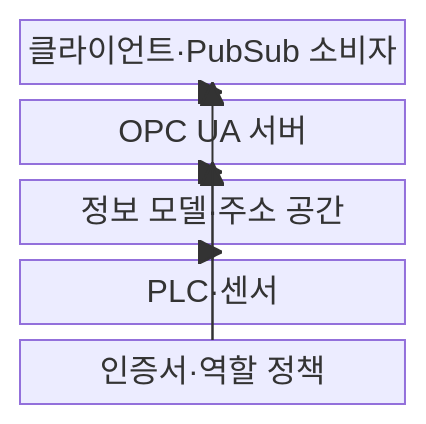
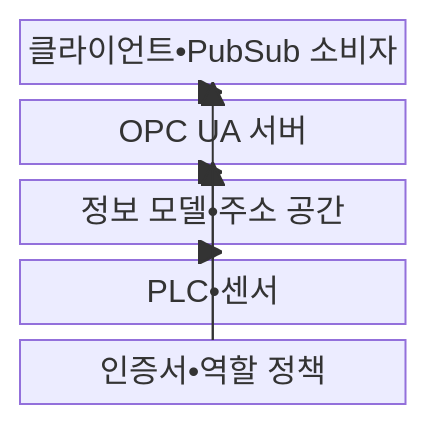
One commit to agnusdei1207/knowledge-base changed the first of 2 diagrams in src/content/docs/notes/04-network/079_opc_ua.md. Above: the diagram before and after it, drawn with Mermaid. The commit also changed other lines of this file and 953 other files, not shown here.

````diff
--- a/src/content/docs/notes/04-network/079_opc_ua.md
+++ b/src/content/docs/notes/04-network/079_opc_ua.md
@@ -66,14 +66,14 @@
 ```mermaid
 block-beta
     columns 1
-    CLIENT["클라이언트·PubSub 소비자"]
+    CLIENT["클라이언트•PubSub 소비자"]
     SERVER["OPC UA 서버"]
-    MODEL["정보 모델·주소 공간"]
-    DEVICE["PLC·센서"]
-    SECURITY["인증서·역할 정책"]
+    MODEL["정보 모델•주소 공간"]
+    DEVICE["PLC•센서"]
+    SECURITY["인증서•역할 정책"]
     DEVICE --> MODEL
     MODEL --> SERVER
     SERVER --> CLIENT
     SECURITY --> SERVER
     SECURITY --> CLIENT
 ```
````
